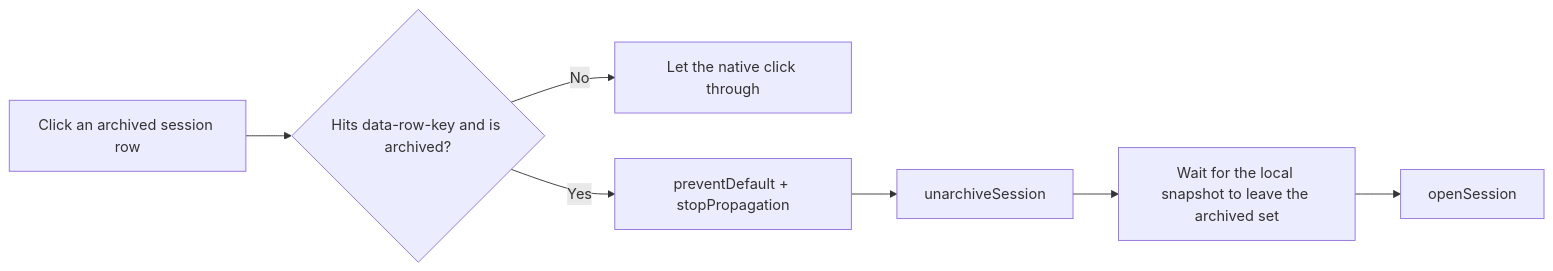
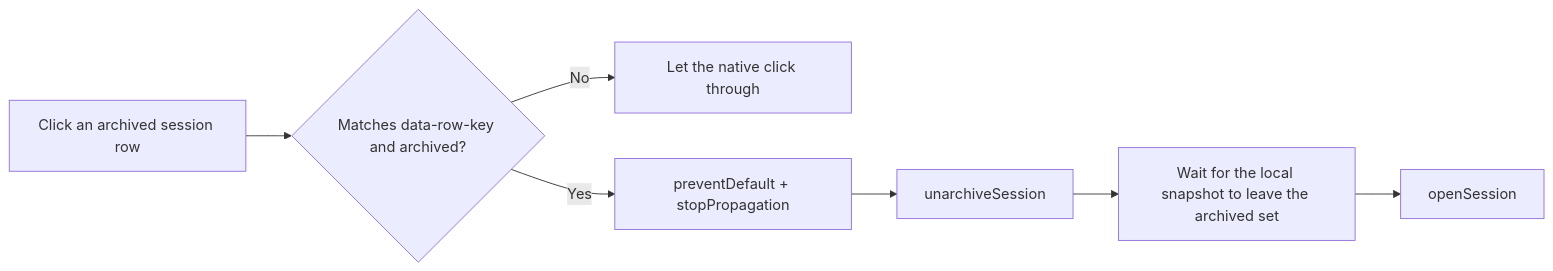
Before and after one commit to gpboyer2/dsh-archived-open: the diagram in README.en.md, drawn with Mermaid. The commit also changed other lines of this file and 1 other file, not shown here.

````diff
--- a/README.en.md
+++ b/README.en.md
@@ -26,9 +18,9 @@
 ```mermaid
 flowchart LR
-    A["Click an archived session row"] --> B{"Hits data-row-key and is archived?"}
+    A["Click an archived session row"] --> B{"Matches data-row-key and archived?"}
     B -->|No| C[Let the native click through]
     B -->|Yes| D[preventDefault + stopPropagation]
     D --> E[unarchiveSession]
     E --> F[Wait for the local snapshot to leave the archived set]
     F --> G[openSession]
 ```
````
